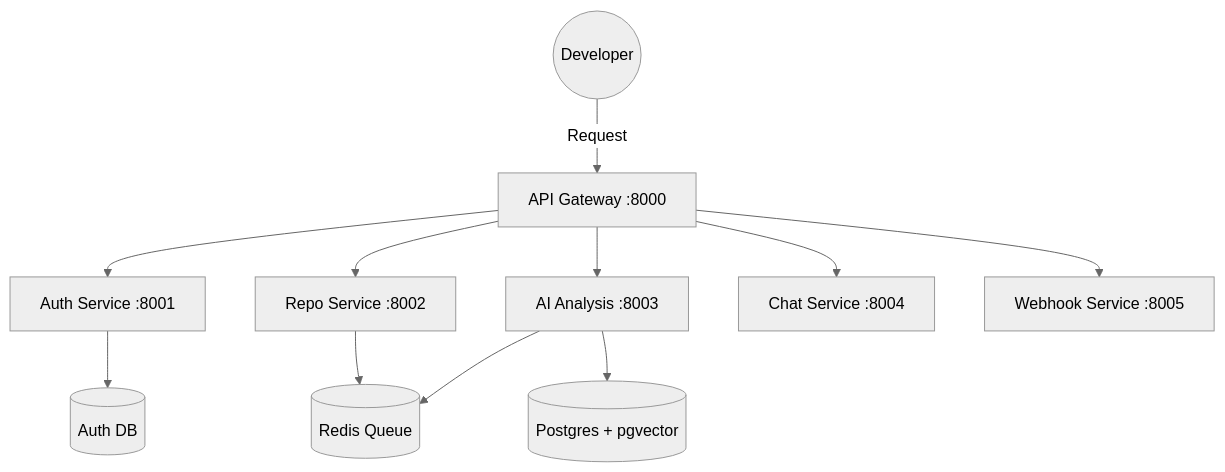
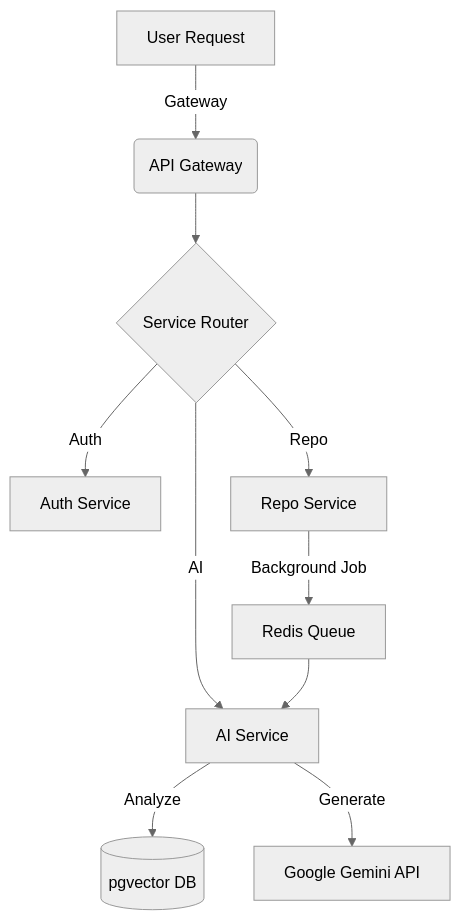
The diagram in README.md (adamfutur/gitpro), drawn with Mermaid (neutral theme) before and after one commit. The commit also changed other lines of this file, not shown here.

First line of the commit message:
Revise README with new branding and architecture

````diff
--- a/README.md
+++ b/README.md
@@ -18,15 +87,14 @@
 ```mermaid
 graph TD
-    User((Developer)) -->|Request| GW[API Gateway :8000]
-    GW --> Auth[Auth Service :8001]
-    GW --> Repo[Repo Service :8002]
-    GW --> AI[AI Analysis :8003]
-    GW --> Chat[Chat Service :8004]
-    GW --> Web[Webhook Service :8005]
+    A[User Request] -->|Gateway| B(API Gateway)
+    B --> C{Service Router}
+    C -->|Auth| D[Auth Service]
+    C -->|Repo| E[Repo Service]
+    C -->|AI| F[AI Service]
     
-    Repo --> Redis[(Redis Queue)]
-    AI --> Redis
+    F -->|Analyze| G[(pgvector DB)]
+    F -->|Generate| H[Google Gemini API]
     
-    AI --> pgv[(Postgres + pgvector)]
-    Auth --> adb[(Auth DB)]
+    E -->|Background Job| I[Redis Queue]
+    I --> F
 ```
````
